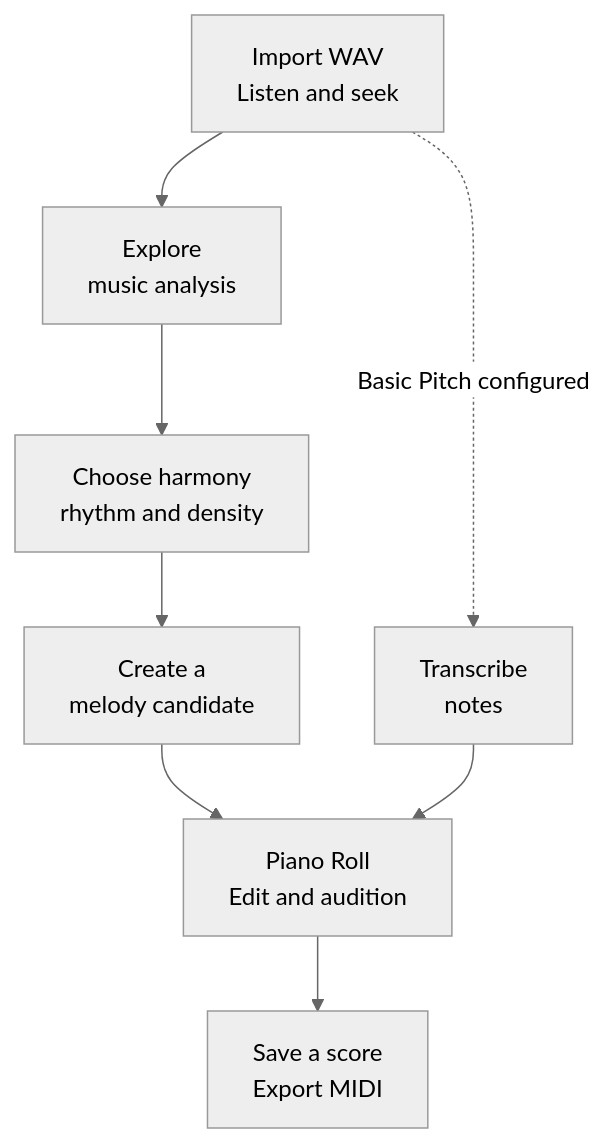
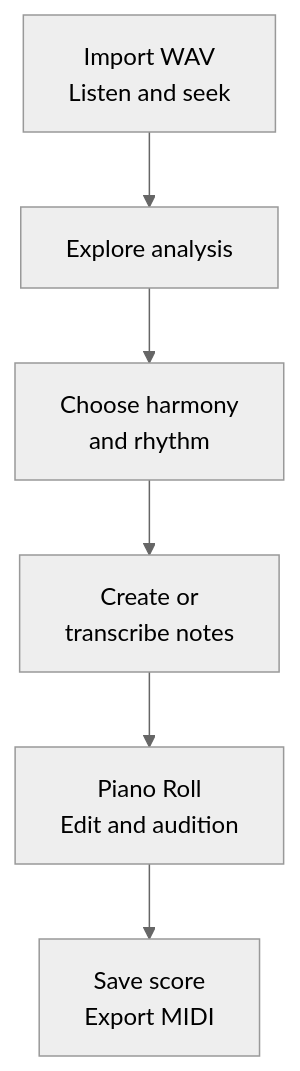
Before and after one commit to ryurikoneko/DAWLoop: the first of 5 diagrams in README.en.md, drawn with Mermaid (neutral theme). The commit also changed other lines of this file and 7 other files, not shown here.

Commit message:
docs(readme): clarify live test scope and simplify narrow-screen diagrams

````diff
--- a/README.en.md
+++ b/README.en.md
@@ -48,10 +48,8 @@
 ```mermaid
 flowchart TD
-    A[Import WAV<br/>Listen and seek] --> B[Explore<br/>music analysis]
-    B --> C[Choose harmony<br/>rhythm and density]
-    C --> D[Create a<br/>melody candidate]
-    A -. Basic Pitch configured .-> T[Transcribe<br/>notes]
+    A[Import WAV<br/>Listen and seek] --> B[Explore analysis]
+    B --> C[Choose harmony<br/>and rhythm]
+    C --> D[Create or<br/>transcribe notes]
     D --> E[Piano Roll<br/>Edit and audition]
-    T --> E
-    E --> F[Save a score<br/>Export MIDI]
+    E --> F[Save score<br/>Export MIDI]
 ```
````
